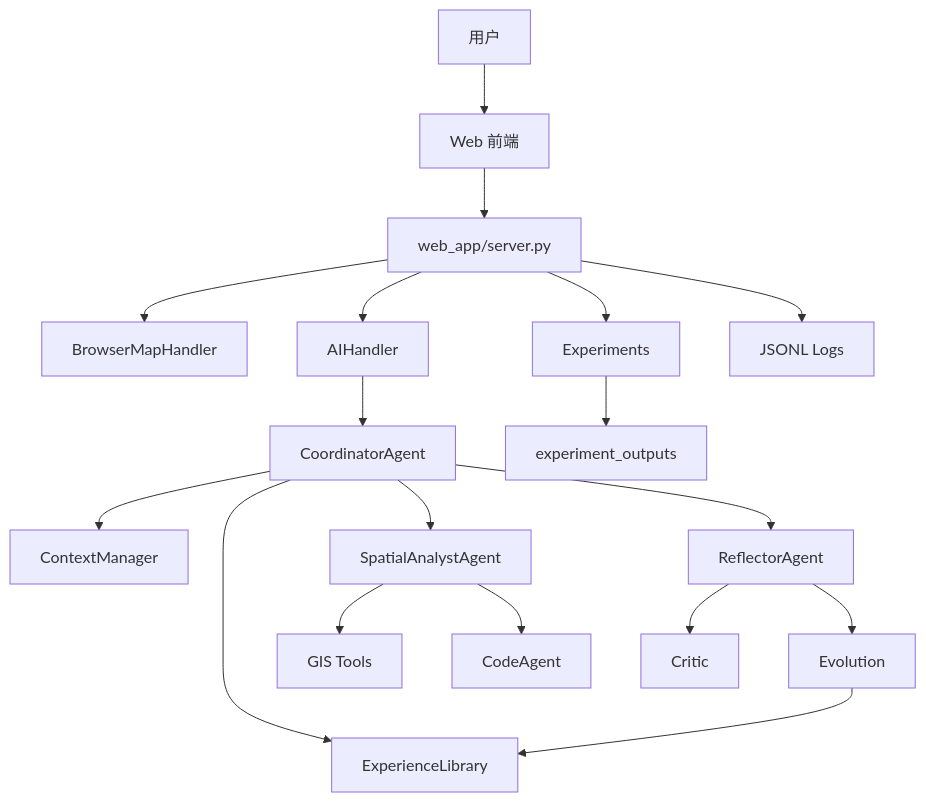
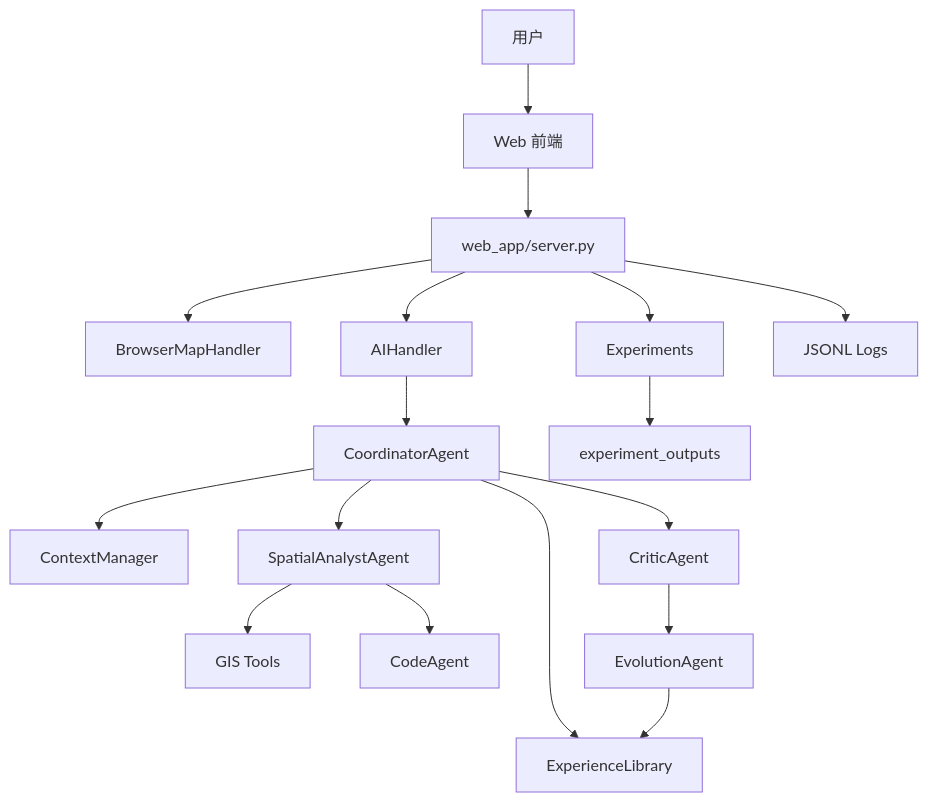
One commit to AritiYoshino/geoai changed the diagram in plans/project_analysis.md. Above: the diagram before and after it, drawn with Mermaid. The commit also changed other lines of this file and 88 other files, not shown here.

````diff
--- a/plans/project_analysis.md
+++ b/plans/project_analysis.md
@@ -29,20 +29,19 @@
 ```mermaid
 flowchart TD
     U[用户] --> FE[Web 前端]
     FE --> API[web_app/server.py]
     API --> MH[BrowserMapHandler]
     API --> AI[AIHandler]
     AI --> C[CoordinatorAgent]
     C --> CM[ContextManager]
     C --> EL[ExperienceLibrary]
     C --> SA[SpatialAnalystAgent]
     SA --> T[GIS Tools]
     SA --> CA[CodeAgent]
-    C --> R[ReflectorAgent]
-    R --> CR[Critic]
-    R --> EV[Evolution]
+    C --> CR[CriticAgent]
+    CR --> EV[EvolutionAgent]
     EV --> EL
     API --> EXP[Experiments]
     EXP --> OUT[experiment_outputs]
     API --> LOG[JSONL Logs]
 ```
````
